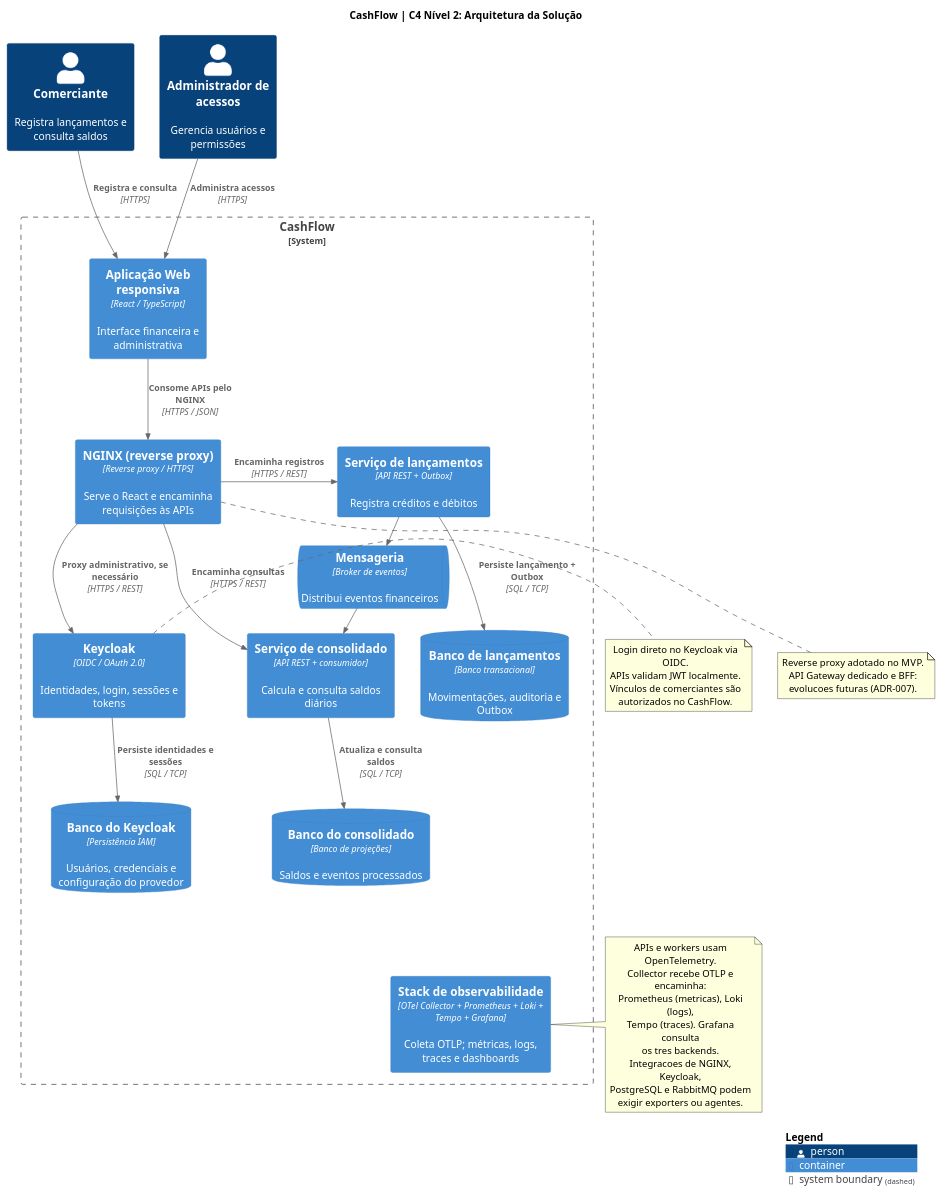
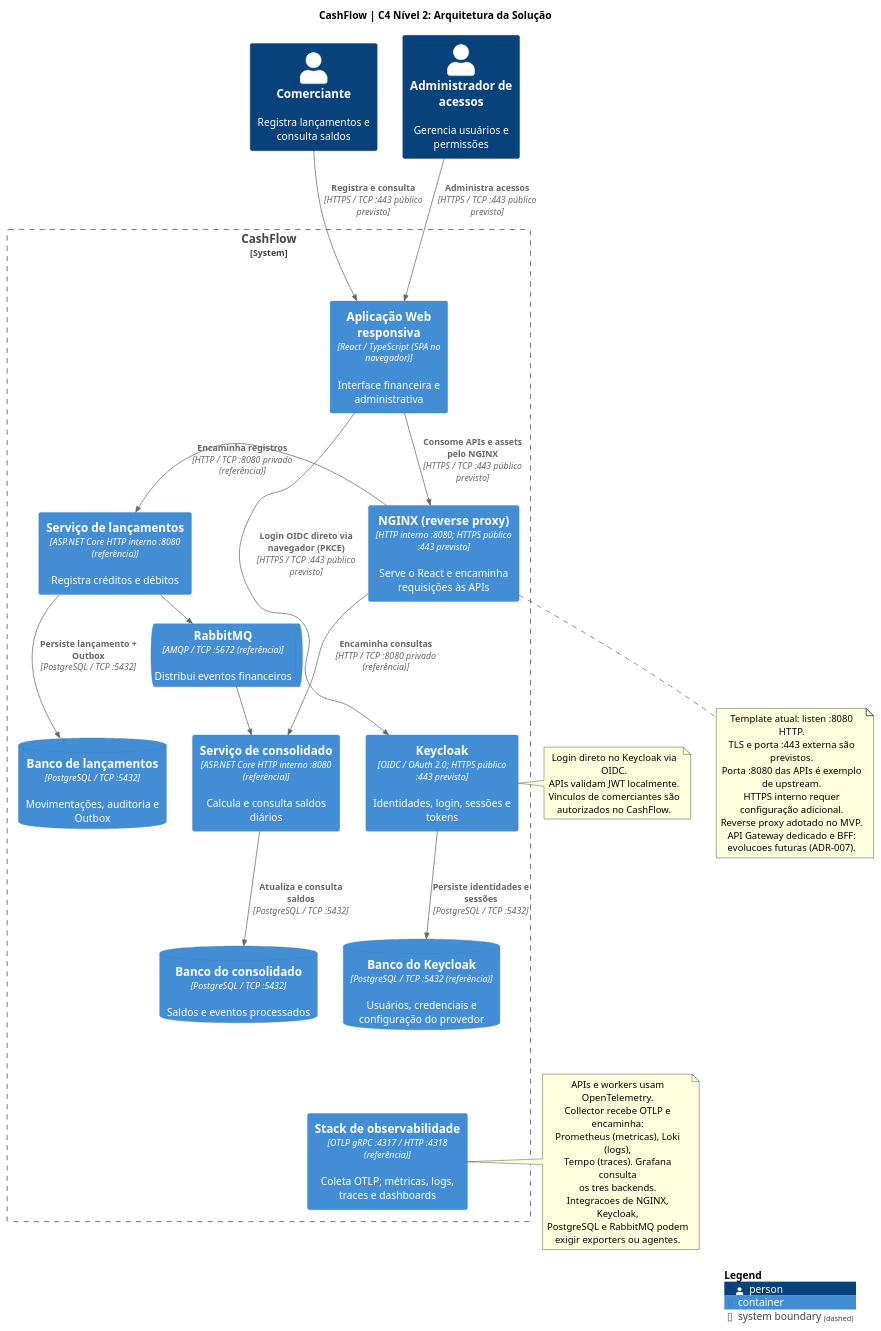
Before and after one commit to wolwerr/CashFlow-Architecture: the diagram in docs/architecture/plantuml/c4-containers.puml, drawn with PlantUML.

Commit message:
docs(c4): document protocol ports on C4 container and component relationships (#6)

```diff
--- a/docs/architecture/plantuml/c4-containers.puml
+++ b/docs/architecture/plantuml/c4-containers.puml
@@ -1,79 +1,83 @@
 @startuml CashFlow_Containers
 !include <C4/C4_Container>
 
 title CashFlow | C4 Nível 2: Arquitetura da Solução
 
 LAYOUT_TOP_DOWN()
 
 Person(comerciante, "Comerciante", "Registra lançamentos e consulta saldos")
 Person(admin, "Administrador de acessos", "Gerencia usuários e permissões")
 
 System_Boundary(cashflow, "CashFlow") {
-  Container(web, "Aplicação Web responsiva", "React / TypeScript", "Interface financeira e administrativa")
-  Container(gateway, "NGINX (reverse proxy)", "Reverse proxy / HTTPS", "Serve o React e encaminha requisições às APIs")
-  Container(iam, "Keycloak", "OIDC / OAuth 2.0", "Identidades, login, sessões e tokens")
-  ContainerDb(db_iam, "Banco do Keycloak", "Persistência IAM", "Usuários, credenciais e configuração do provedor")
-  Container(lancamentos, "Serviço de lançamentos", "API REST + Outbox", "Registra créditos e débitos")
-  ContainerDb(db_lancamentos, "Banco de lançamentos", "Banco transacional", "Movimentações, auditoria e Outbox")
-  ContainerQueue(mensageria, "Mensageria", "Broker de eventos", "Distribui eventos financeiros")
-  Container(consolidado, "Serviço de consolidado", "API REST + consumidor", "Calcula e consulta saldos diários")
-  ContainerDb(db_consolidado, "Banco do consolidado", "Banco de projeções", "Saldos e eventos processados")
-  Container(telemetria, "Stack de observabilidade", "OTel Collector + Prometheus + Loki + Tempo + Grafana", "Coleta OTLP; métricas, logs, traces e dashboards")
+  Container(web, "Aplicação Web responsiva", "React / TypeScript (SPA no navegador)", "Interface financeira e administrativa")
+  Container(gateway, "NGINX (reverse proxy)", "HTTP interno :8080; HTTPS público :443 previsto", "Serve o React e encaminha requisições às APIs")
+  Container(iam, "Keycloak", "OIDC / OAuth 2.0; HTTPS público :443 previsto", "Identidades, login, sessões e tokens")
+  ContainerDb(db_iam, "Banco do Keycloak", "PostgreSQL / TCP :5432 (referência)", "Usuários, credenciais e configuração do provedor")
+  Container(lancamentos, "Serviço de lançamentos", "ASP.NET Core HTTP interno :8080 (referência)", "Registra créditos e débitos")
+  ContainerDb(db_lancamentos, "Banco de lançamentos", "PostgreSQL / TCP :5432", "Movimentações, auditoria e Outbox")
+  ContainerQueue(mensageria, "RabbitMQ", "AMQP / TCP :5672 (referência)", "Distribui eventos financeiros")
+  Container(consolidado, "Serviço de consolidado", "ASP.NET Core HTTP interno :8080 (referência)", "Calcula e consulta saldos diários")
+  ContainerDb(db_consolidado, "Banco do consolidado", "PostgreSQL / TCP :5432", "Saldos e eventos processados")
+  Container(telemetria, "Stack de observabilidade", "OTLP gRPC :4317 / HTTP :4318 (referência)", "Coleta OTLP; métricas, logs, traces e dashboards")
 }
 
 ' Posicionamento principal
 Lay_R(comerciante, admin)
 Lay_D(web, gateway)
 Lay_D(gateway, iam)
 Lay_D(iam, db_iam)
 Lay_R(gateway, lancamentos)
 Lay_D(lancamentos, db_lancamentos)
 Lay_R(lancamentos, mensageria)
 Lay_R(mensageria, consolidado)
 Lay_D(consolidado, db_consolidado)
 Lay_D(db_consolidado, telemetria)
 
 ' Atores e canais
-Rel(comerciante, web, "Registra e consulta", "HTTPS")
-Rel(admin, web, "Administra acessos", "HTTPS")
-Rel_D(web, gateway, "Consome APIs pelo NGINX", "HTTPS / JSON")
+Rel(comerciante, web, "Registra e consulta", "HTTPS / TCP :443 público previsto")
+Rel(admin, web, "Administra acessos", "HTTPS / TCP :443 público previsto")
+Rel_D(web, gateway, "Consome APIs e assets pelo NGINX", "HTTPS / TCP :443 público previsto")
 
 ' Identidade
-Rel_D(gateway, iam, "Proxy administrativo, se necessário", "HTTPS / REST")
-Rel_D(iam, db_iam, "Persiste identidades e sessões", "SQL / TCP")
+Rel_D(web, iam, "Login OIDC direto via navegador (PKCE)", "HTTPS / TCP :443 público previsto")
+Rel_D(iam, db_iam, "Persiste identidades e sessões", "PostgreSQL / TCP :5432")
 
 ' Fluxo financeiro
-Rel_R(gateway, lancamentos, "Encaminha registros", "HTTPS / REST")
-Rel_D(lancamentos, db_lancamentos, "Persiste lançamento + Outbox", "SQL / TCP")
-Rel_R(lancamentos, mensageria, "Publica eventos", "AMQP")
-Rel_R(mensageria, consolidado, "Entrega eventos", "AMQP")
-Rel_D(consolidado, db_consolidado, "Atualiza e consulta saldos", "SQL / TCP")
-Rel(gateway, consolidado, "Encaminha consultas", "HTTPS / REST")
+Rel_R(gateway, lancamentos, "Encaminha registros", "HTTP / TCP :8080 privado (referência)")
+Rel_D(lancamentos, db_lancamentos, "Persiste lançamento + Outbox", "PostgreSQL / TCP :5432")
+Rel_R(lancamentos, mensageria, "Publica eventos", "AMQP 0-9-1 / TCP :5672 (referência)")
+Rel_R(mensageria, consolidado, "Entrega eventos", "AMQP 0-9-1 / TCP :5672 (referência)")
+Rel_D(consolidado, db_consolidado, "Atualiza e consulta saldos", "PostgreSQL / TCP :5432")
+Rel(gateway, consolidado, "Encaminha consultas", "HTTP / TCP :8080 privado (referência)")
 
 ' Integrações transversais apresentadas em notas
 note right of iam
   Login direto no Keycloak via OIDC.
   APIs validam JWT localmente.
   Vínculos de comerciantes são
   autorizados no CashFlow.
 end note
 
 note right of telemetria
   APIs e workers usam OpenTelemetry.
   Collector recebe OTLP e encaminha:
   Prometheus (metricas), Loki (logs),
   Tempo (traces). Grafana consulta
   os tres backends.
   Integracoes de NGINX, Keycloak,
   PostgreSQL e RabbitMQ podem
   exigir exporters ou agentes.
 end note
 
 note bottom of gateway
+  Template atual: listen :8080 HTTP.
+  TLS e porta :443 externa são previstos.
+  Porta :8080 das APIs é exemplo de upstream.
+  HTTPS interno requer configuração adicional.
   Reverse proxy adotado no MVP.
   API Gateway dedicado e BFF:
   evolucoes futuras (ADR-007).
 end note
 
 SHOW_LEGEND()
 @enduml
```
